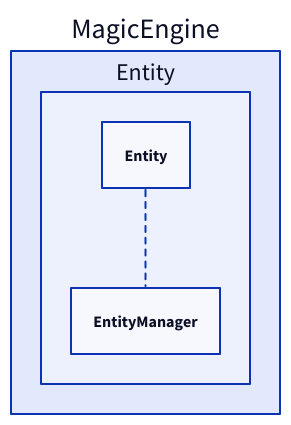
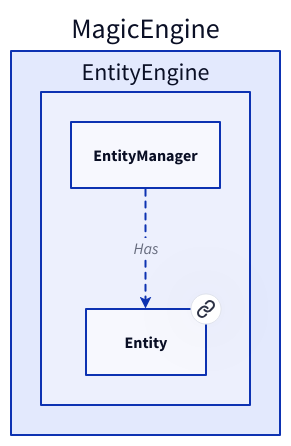
The diagram in doc/doc_img/EntityManager.d2 (Portevent/Brume-Documentation), drawn with D2 before and after one commit. The commit also changed 88 other files, not shown here.

```diff
--- a/doc/doc_img/EntityManager.d2
+++ b/doc/doc_img/EntityManager.d2
@@ -1,9 +1,14 @@
 # Nodes :
 MagicEngine: {
-    Entity: {
-        Entity: Entity
+    EntityEngine: {
+        Entity: Entity {
+           link: Entity
+        }
     }
 }
 
 # Links :
-MagicEngine.Entity.Entity -- MagicEngine.Entity.EntityManager: {style.stroke-dash: 3}
+MagicEngine.EntityEngine.EntityManager -> MagicEngine.EntityEngine.Entity: Has {style.stroke-dash: 3
+source-arrowhead: {}
+target-arrowhead: {shape: arrow}
+}
```
